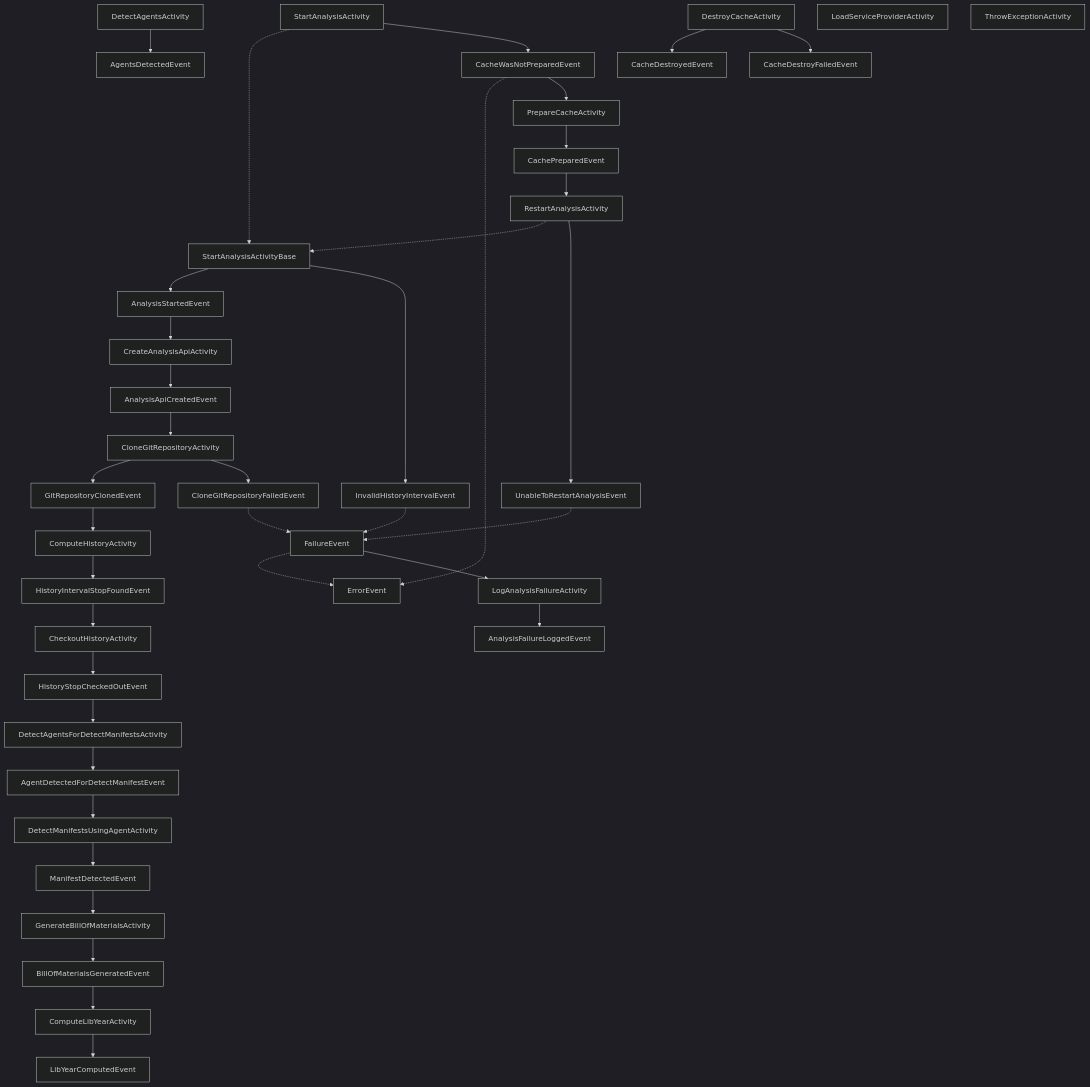
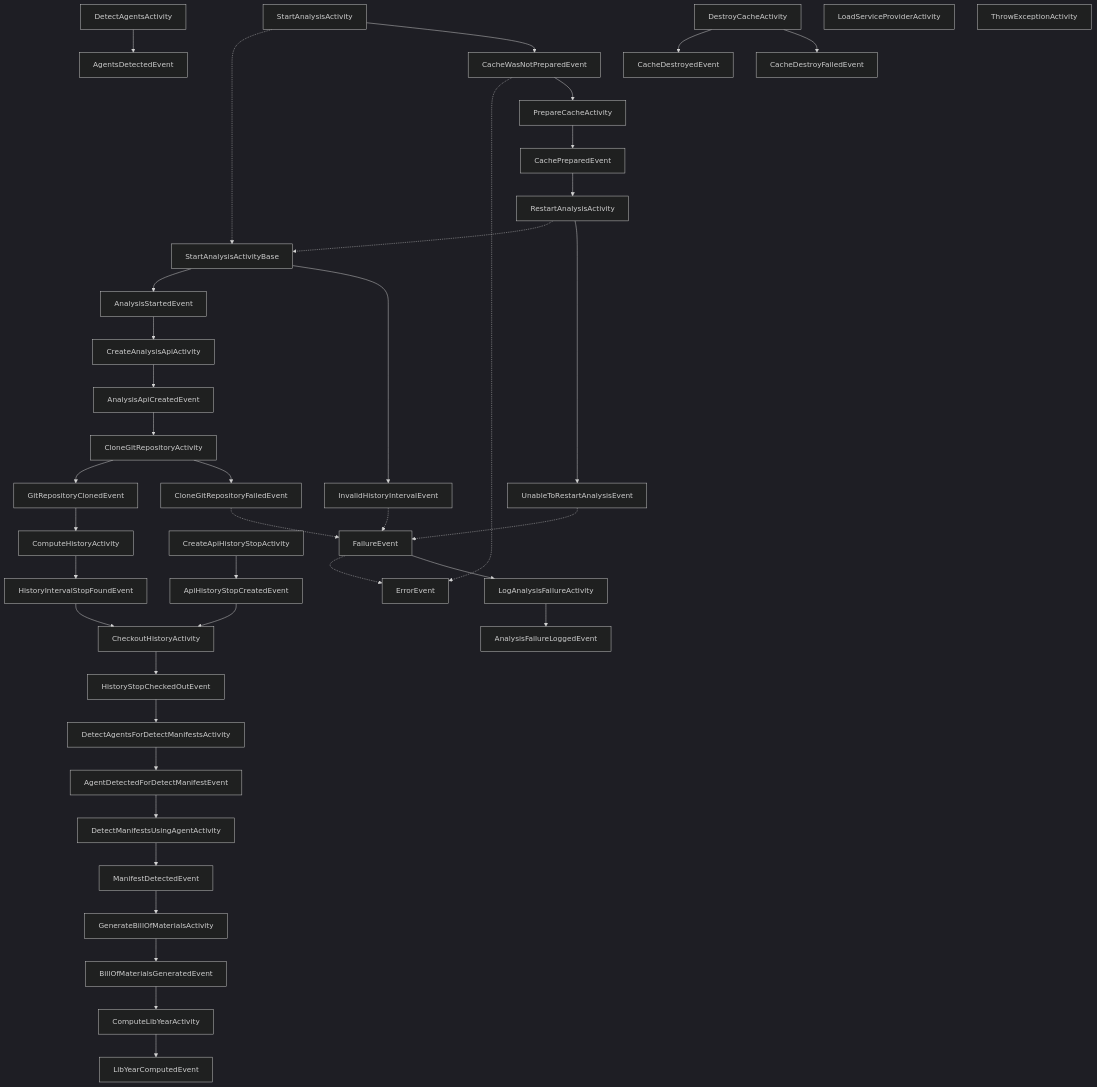
The diagram in docs/activities-and-events.md (corgibytes/freshli-cli), drawn with Mermaid (dark theme) before and after one commit.

Commit message:
Committing auto generated diagram.

````diff
--- a/docs/activities-and-events.md
+++ b/docs/activities-and-events.md
@@ -13,51 +13,53 @@
 ```mermaid
 flowchart TD;
     PrepareCacheActivity --> CachePreparedEvent
     AgentsDetectedEvent
     DetectAgentsActivity --> AgentsDetectedEvent
     AgentDetectedForDetectManifestEvent --> DetectManifestsUsingAgentActivity
     AnalysisFailureLoggedEvent
     AnalysisStartedEvent --> CreateAnalysisApiActivity
     CacheWasNotPreparedEvent -.-> ErrorEvent
     CacheWasNotPreparedEvent --> PrepareCacheActivity
     DetectAgentsForDetectManifestsActivity --> AgentDetectedForDetectManifestEvent
     DetectManifestsUsingAgentActivity --> ManifestDetectedEvent
     ErrorEvent
     FailureEvent -.-> ErrorEvent
     FailureEvent --> LogAnalysisFailureActivity
     InvalidHistoryIntervalEvent -.-> FailureEvent
     InvalidHistoryIntervalEvent
     LogAnalysisFailureActivity --> AnalysisFailureLoggedEvent
     ManifestDetectedEvent --> GenerateBillOfMaterialsActivity
     RestartAnalysisActivity -.-> StartAnalysisActivityBase
     RestartAnalysisActivity --> UnableToRestartAnalysisEvent
     StartAnalysisActivity -.-> StartAnalysisActivityBase
     StartAnalysisActivity --> CacheWasNotPreparedEvent
     StartAnalysisActivityBase --> AnalysisStartedEvent
     StartAnalysisActivityBase --> InvalidHistoryIntervalEvent
     UnableToRestartAnalysisEvent -.-> FailureEvent
     UnableToRestartAnalysisEvent
     BillOfMaterialsGeneratedEvent --> ComputeLibYearActivity
     GenerateBillOfMaterialsActivity --> BillOfMaterialsGeneratedEvent
     CacheDestroyedEvent
     CacheDestroyFailedEvent
     DestroyCacheActivity --> CacheDestroyedEvent
     DestroyCacheActivity --> CacheDestroyFailedEvent
     CachePreparedEvent --> RestartAnalysisActivity
     ComputeLibYearActivity --> LibYearComputedEvent
     AnalysisApiCreatedEvent --> CloneGitRepositoryActivity
+    ApiHistoryStopCreatedEvent --> CheckoutHistoryActivity
     CreateAnalysisApiActivity --> AnalysisApiCreatedEvent
+    CreateApiHistoryStopActivity --> ApiHistoryStopCreatedEvent
     CloneGitRepositoryActivity --> GitRepositoryClonedEvent
     CloneGitRepositoryActivity --> CloneGitRepositoryFailedEvent
     CloneGitRepositoryFailedEvent -.-> FailureEvent
     CloneGitRepositoryFailedEvent
     GitRepositoryClonedEvent --> ComputeHistoryActivity
     CheckoutHistoryActivity --> HistoryStopCheckedOutEvent
     ComputeHistoryActivity --> HistoryIntervalStopFoundEvent
     HistoryIntervalStopFoundEvent --> CheckoutHistoryActivity
     HistoryStopCheckedOutEvent --> DetectAgentsForDetectManifestsActivity
     LibYearComputedEvent
     LoadServiceProviderActivity
     ThrowExceptionActivity
 
 ```
````
